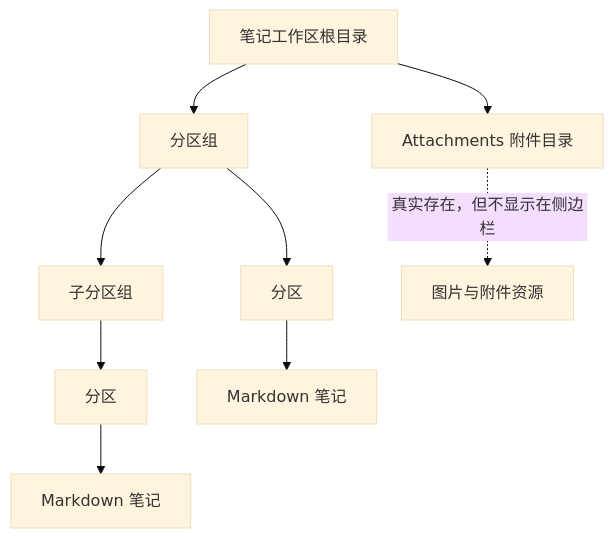
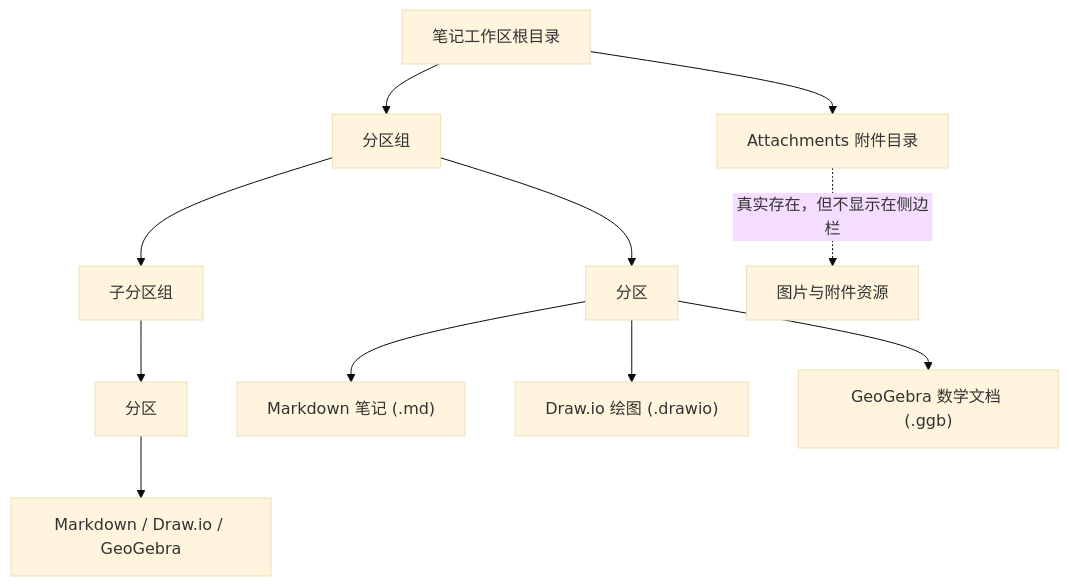
Before and after one commit to scott20201225/marknote-pro: the first of 2 diagrams in README.md, drawn with Mermaid (base theme). The commit also changed other lines of this file and 2 other files, not shown here.

Commit message:
feat(theme): adapt GeoGebra spreadsheet and Draw.io canvas to all themes and update README

````diff
--- a/README.md
+++ b/README.md
@@ -114,12 +129,14 @@
 ```mermaid
 flowchart TD
   Root["笔记工作区根目录"] --> Group["分区组"]
   Group --> SubGroup["子分区组"]
   Group --> Area["分区"]
   SubGroup --> Area2["分区"]
-  Area --> Note["Markdown 笔记"]
-  Area2 --> Note2["Markdown 笔记"]
+  Area --> Note["Markdown 笔记 (.md)"]
+  Area --> Drawio["Draw.io 绘图 (.drawio)"]
+  Area --> GGB["GeoGebra 数学文档 (.ggb)"]
+  Area2 --> Note2["Markdown / Draw.io / GeoGebra"]
   Root --> Attach["Attachments 附件目录"]
 
   Attach -. "真实存在，但不显示在侧边栏" .-> Hidden["图片与附件资源"]
 ```
````
